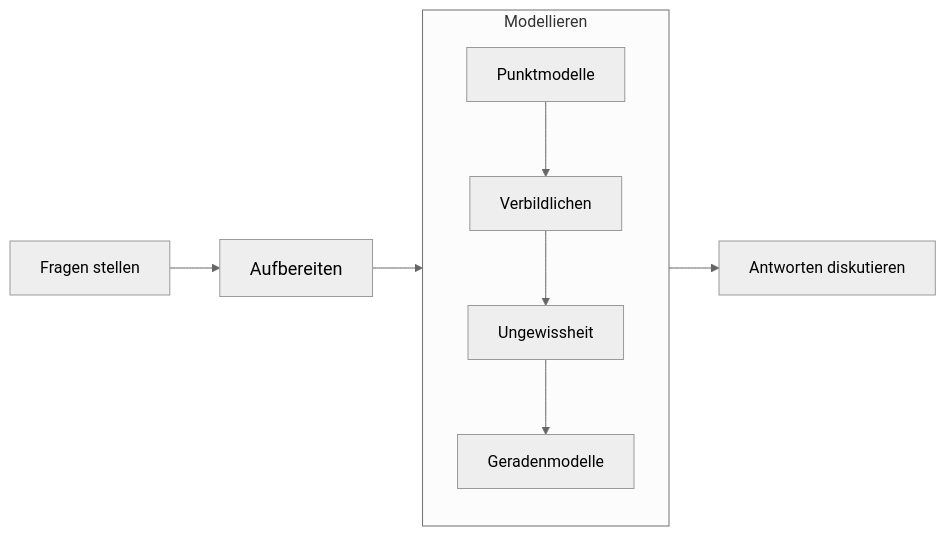
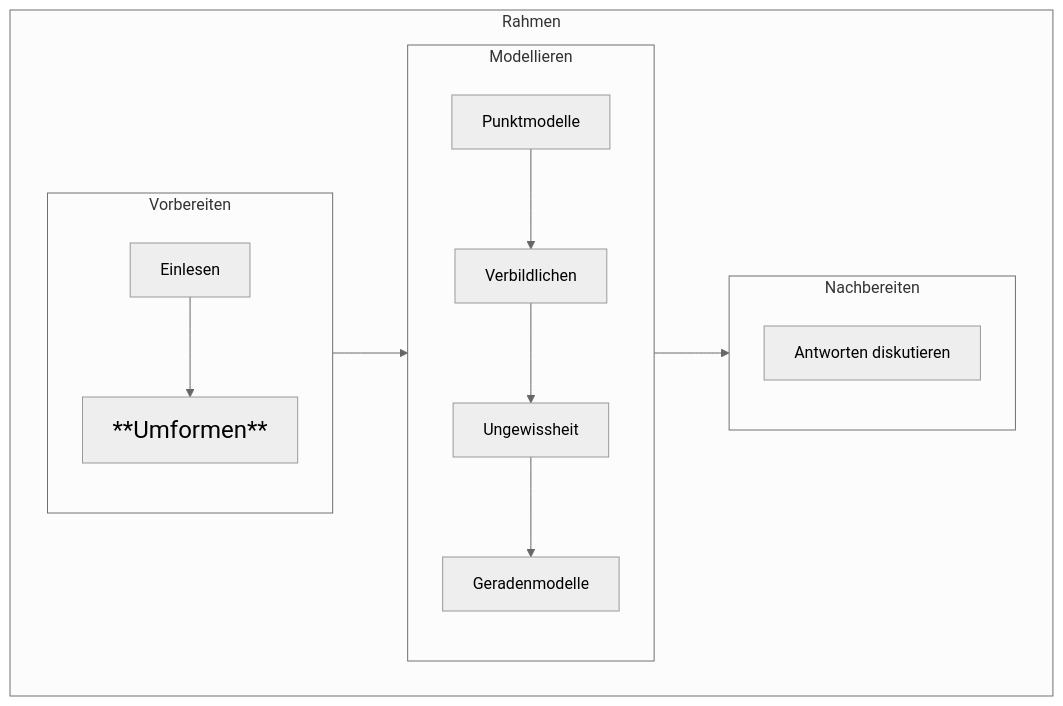
Before and after one commit to sebastiansauer/statistik1: the diagram in aufbereiten.qmd, drawn with Mermaid (neutral theme). The commit also changed other lines of this file and 312 other files, not shown here.

````diff
--- a/aufbereiten.qmd
+++ b/aufbereiten.qmd
@@ -42,15 +24,29 @@
 ```{mermaid}
 %%| fig-cap: Überblick über den Inhalt und Verlauf des Buches
-%%| label: fig-ueberblick-aufbereiten
+%%| label: fig-ueberblick-umformen
+%%| out-width: "100%"
+
 
 flowchart LR
-  subgraph M[Modellieren]
-    direction TB
-    M1[Punktmodelle] --> Vis[Verbildlichen]
-    Vis --> U[Ungewissheit]
-    U --> G[Geradenmodelle]
+  subgraph R[Rahmen]
+    direction LR
+    subgraph V[Vorbereiten]
+      direction TB
+      E[Einlesen] --> Um[<font size=5>**Umformen**]
+    end
+    subgraph M[Modellieren]
+      direction TB
+      M1[Punktmodelle] --> Vis[Verbildlichen]
+      Vis --> U[Ungewissheit]
+      U --> G[Geradenmodelle]
+    end
+    subgraph N[Nachbereiten]
+      direction TB
+      D[Antworten diskutieren]
+    end
+  V --> M
+  M --> N
   end
-  A[Fragen stellen] --> Auf[<font size=4>Aufbereiten]
-  Auf --> M
-  M --> D[Antworten diskutieren]
+  
+
 ```
````
